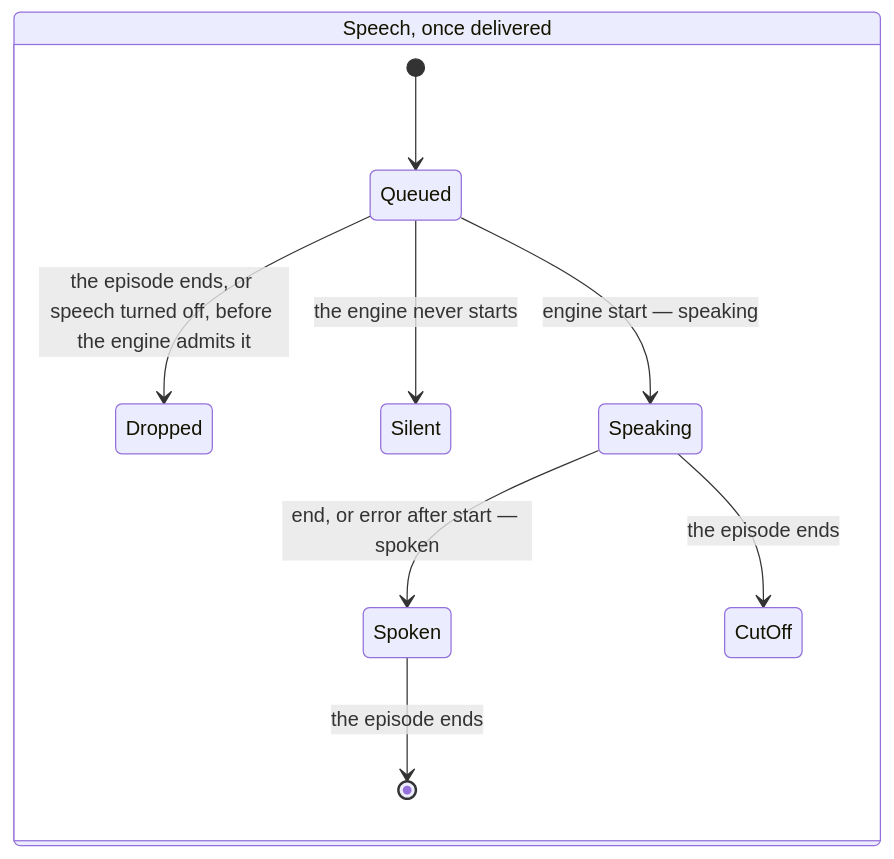
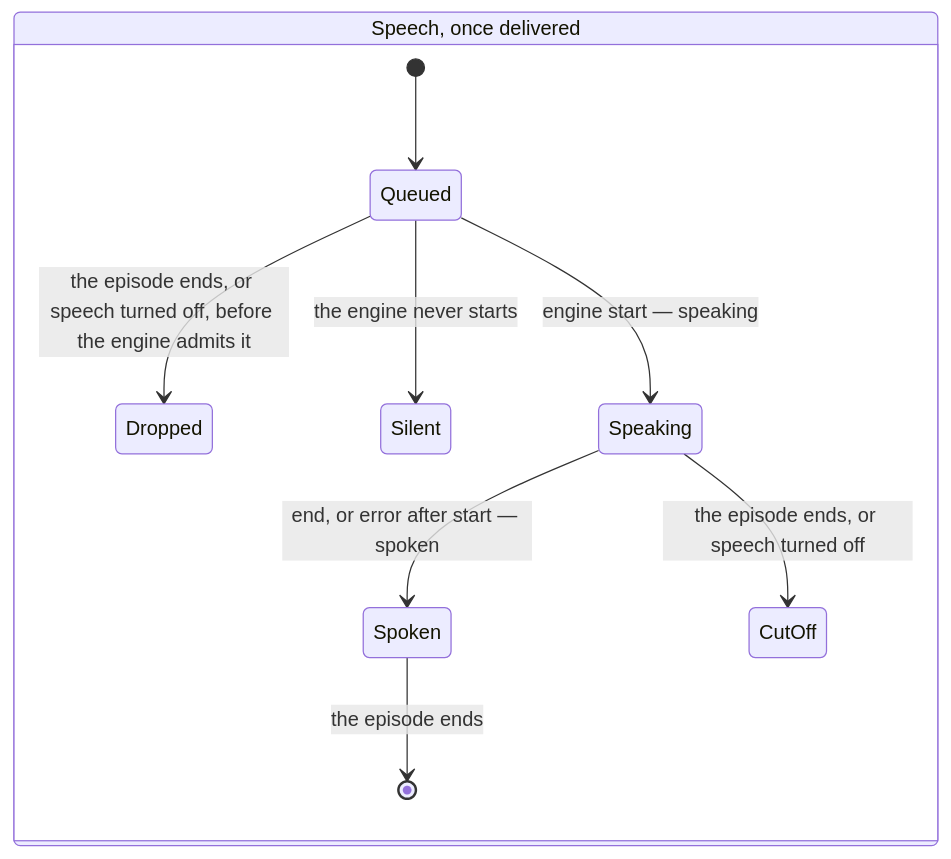
Diagram 14 of 16 in docs/specs/alert.md (diffplug/dormouse), drawn with Mermaid before and after one commit.

Commit message:
Docs: add the speech-off edge to the speech machine's Speaking state
Turning speech off (the application default, a Workspace override, or a
pending kill) cuts the current utterance off: the speaker refreshes on
policy changes and finishes an active job that is no longer eligible.
The speech diagram showed that trigger only for a queued utterance. The
Speaking to CutOff edge now names it too. Spec lint passes.

````diff
--- a/docs/specs/alert.md
+++ b/docs/specs/alert.md
@@ -316,12 +316,12 @@
 ```mermaid
 stateDiagram-v2
   state "Speech, once delivered" as Speech {
     [*] --> Queued
     Queued --> Dropped: the episode ends, or speech turned off, before the engine admits it
     Queued --> Silent: the engine never starts
     Queued --> Speaking: engine start — speaking
     Speaking --> Spoken: end, or error after start — spoken
-    Speaking --> CutOff: the episode ends
+    Speaking --> CutOff: the episode ends, or speech turned off
     Spoken --> [*]: the episode ends
   }
 ```
````
